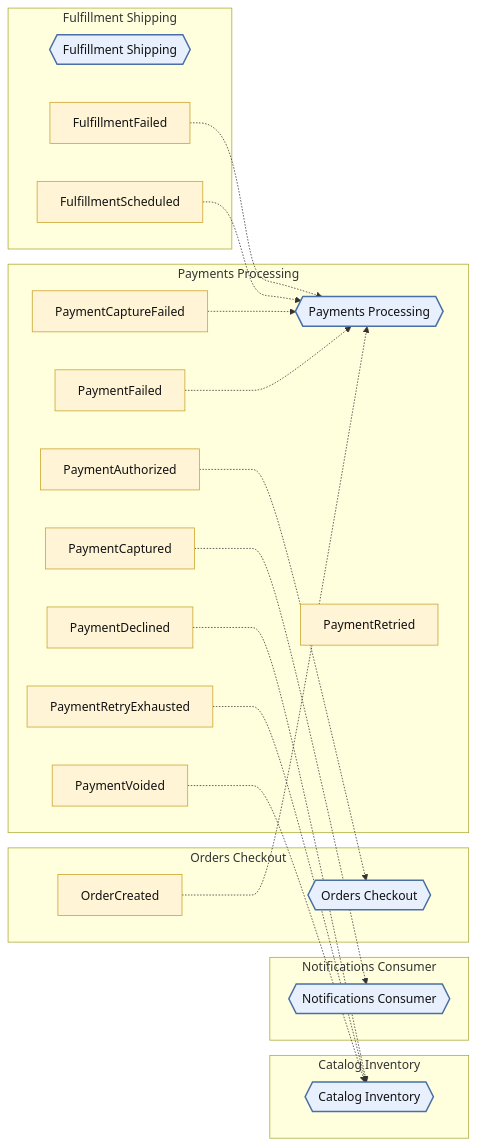
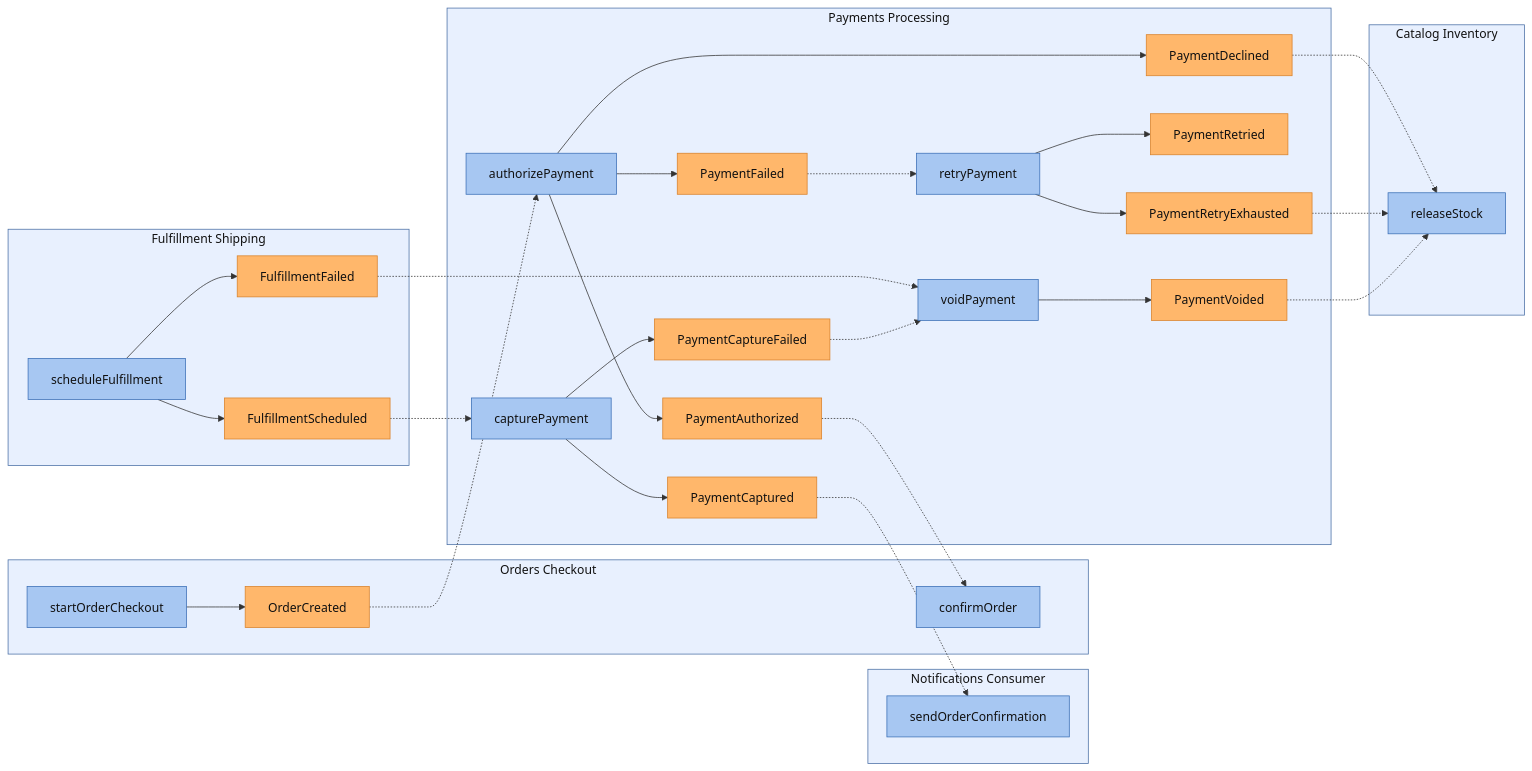
One commit to ZenWave360/dsl-kotlin changed the first of 4 diagrams in dsl-docs/src/commonTest/resources/snapshots/arcadia-modulith/modules/payments-processing.md. Above: the diagram before and after it, drawn with Mermaid. The commit also changed other lines of this file and 13 other files, not shown here.

Commit message:
feat(docs): module pages with EventStorming, aggregates, lifecycle and glossary

````diff
--- a/dsl-docs/src/commonTest/resources/snapshots/arcadia-modulith/modules/payments-processing.md
+++ b/dsl-docs/src/commonTest/resources/snapshots/arcadia-modulith/modules/payments-processing.md
@@ -16,50 +16,67 @@
 ```mermaid
 flowchart LR
-  classDef module fill:#e8f0fe,stroke:#4a6fa5,stroke-width:2px,color:#111
-  classDef event fill:#fff4d6,stroke:#c9a227,color:#111
+  classDef module fill:#e8f0fe,stroke:#4a6fa5,color:#111
+  classDef command fill:#a7c7f2,stroke:#3b6fb6,color:#111
+  classDef event fill:#ffb76b,stroke:#d9822b,color:#111
 
   subgraph sg_CatalogInventory["Catalog Inventory"]
-    CatalogInventory{{"Catalog Inventory"}}
+    CatalogInventory__InventoryService__releaseStock["releaseStock"]
   end
 
   subgraph sg_FulfillmentShipping["Fulfillment Shipping"]
-    FulfillmentShipping{{"Fulfillment Shipping"}}
-    FulfillmentFailed["FulfillmentFailed"]
-    FulfillmentScheduled["FulfillmentScheduled"]
+    FulfillmentShipping__FulfillmentShippingService__scheduleFulfillment["scheduleFulfillment"]
+    FulfillmentShipping__FulfillmentFailed["FulfillmentFailed"]
+    FulfillmentShipping__FulfillmentScheduled["FulfillmentScheduled"]
   end
 
   subgraph sg_NotificationsConsumer["Notifications Consumer"]
-    NotificationsConsumer{{"Notifications Consumer"}}
+    NotificationsConsumer__NotificationsConsumerService__sendOrderConfirmation["sendOrderConfirmation"]
   end
 
   subgraph sg_OrdersCheckout["Orders Checkout"]
-    OrdersCheckout{{"Orders Checkout"}}
-    OrderCreated["OrderCreated"]
+    OrdersCheckout__OrdersCheckoutService__startOrderCheckout["startOrderCheckout"]
+    OrdersCheckout__OrdersCheckoutService__confirmOrder["confirmOrder"]
+    OrdersCheckout__OrderCreated["OrderCreated"]
   end
 
   subgraph sg_PaymentsProcessing["Payments Processing"]
-    PaymentsProcessing{{"Payments Processing"}}
-    PaymentAuthorized["PaymentAuthorized"]
-    PaymentCaptureFailed["PaymentCaptureFailed"]
-    PaymentCaptured["PaymentCaptured"]
-    PaymentDeclined["PaymentDeclined"]
-    PaymentFailed["PaymentFailed"]
-    PaymentRetried["PaymentRetried"]
-    PaymentRetryExhausted["PaymentRetryExhausted"]
-    PaymentVoided["PaymentVoided"]
+    PaymentsProcessing__PaymentsProcessingService__authorizePayment["authorizePayment"]
+    PaymentsProcessing__PaymentsProcessingService__retryPayment["retryPayment"]
+    PaymentsProcessing__PaymentsProcessingService__capturePayment["capturePayment"]
+    PaymentsProcessing__PaymentsProcessingService__voidPayment["voidPayment"]
+    PaymentsProcessing__PaymentAuthorized["PaymentAuthorized"]
+    PaymentsProcessing__PaymentCaptureFailed["PaymentCaptureFailed"]
+    PaymentsProcessing__PaymentCaptured["PaymentCaptured"]
+    PaymentsProcessing__PaymentDeclined["PaymentDeclined"]
+    PaymentsProcessing__PaymentFailed["PaymentFailed"]
+    PaymentsProcessing__PaymentRetried["PaymentRetried"]
+    PaymentsProcessing__PaymentRetryExhausted["PaymentRetryExhausted"]
+    PaymentsProcessing__PaymentVoided["PaymentVoided"]
   end
 
-  class CatalogInventory,FulfillmentShipping,NotificationsConsumer,OrdersCheckout,PaymentsProcessing module
-  class FulfillmentFailed,FulfillmentScheduled,OrderCreated,PaymentAuthorized,PaymentCaptureFailed,PaymentCaptured,PaymentDeclined,PaymentFailed,PaymentRetried,PaymentRetryExhausted,PaymentVoided event
+  class sg_CatalogInventory,sg_FulfillmentShipping,sg_NotificationsConsumer,sg_OrdersCheckout,sg_PaymentsProcessing module
+  class CatalogInventory__InventoryService__releaseStock,FulfillmentShipping__FulfillmentShippingService__scheduleFulfillment,NotificationsConsumer__NotificationsConsumerService__sendOrderConfirmation,OrdersCheckout__OrdersCheckoutService__confirmOrder,OrdersCheckout__OrdersCheckoutService__startOrderCheckout,PaymentsProcessing__PaymentsProcessingService__authorizePayment,PaymentsProcessing__PaymentsProcessingService__capturePayment,PaymentsProcessing__PaymentsProcessingService__retryPayment,PaymentsProcessing__PaymentsProcessingService__voidPayment command
+  class FulfillmentShipping__FulfillmentFailed,FulfillmentShipping__FulfillmentScheduled,OrdersCheckout__OrderCreated,PaymentsProcessing__PaymentAuthorized,PaymentsProcessing__PaymentCaptureFailed,PaymentsProcessing__PaymentCaptured,PaymentsProcessing__PaymentDeclined,PaymentsProcessing__PaymentFailed,PaymentsProcessing__PaymentRetried,PaymentsProcessing__PaymentRetryExhausted,PaymentsProcessing__PaymentVoided event
 
-  FulfillmentFailed -.-> PaymentsProcessing
-  FulfillmentScheduled -.-> PaymentsProcessing
-  OrderCreated -.-> PaymentsProcessing
-  PaymentAuthorized -.-> OrdersCheckout
-  PaymentCaptureFailed -.-> PaymentsProcessing
-  PaymentCaptured -.-> NotificationsConsumer
-  PaymentDeclined -.-> CatalogInventory
-  PaymentFailed -.-> PaymentsProcessing
-  PaymentRetryExhausted -.-> CatalogInventory
-  PaymentVoided -.-> CatalogInventory
+  FulfillmentShipping__FulfillmentShippingService__scheduleFulfillment --> FulfillmentShipping__FulfillmentFailed
+  FulfillmentShipping__FulfillmentShippingService__scheduleFulfillment --> FulfillmentShipping__FulfillmentScheduled
+  OrdersCheckout__OrdersCheckoutService__startOrderCheckout --> OrdersCheckout__OrderCreated
+  PaymentsProcessing__PaymentsProcessingService__authorizePayment --> PaymentsProcessing__PaymentAuthorized
+  PaymentsProcessing__PaymentsProcessingService__authorizePayment --> PaymentsProcessing__PaymentDeclined
+  PaymentsProcessing__PaymentsProcessingService__authorizePayment --> PaymentsProcessing__PaymentFailed
+  PaymentsProcessing__PaymentsProcessingService__capturePayment --> PaymentsProcessing__PaymentCaptureFailed
+  PaymentsProcessing__PaymentsProcessingService__capturePayment --> PaymentsProcessing__PaymentCaptured
+  PaymentsProcessing__PaymentsProcessingService__retryPayment --> PaymentsProcessing__PaymentRetried
+  PaymentsProcessing__PaymentsProcessingService__retryPayment --> PaymentsProcessing__PaymentRetryExhausted
+  PaymentsProcessing__PaymentsProcessingService__voidPayment --> PaymentsProcessing__PaymentVoided
+  FulfillmentShipping__FulfillmentFailed -.-> PaymentsProcessing__PaymentsProcessingService__voidPayment
+  FulfillmentShipping__FulfillmentScheduled -.-> PaymentsProcessing__PaymentsProcessingService__capturePayment
+  OrdersCheckout__OrderCreated -.-> PaymentsProcessing__PaymentsProcessingService__authorizePayment
+  PaymentsProcessing__PaymentAuthorized -.-> OrdersCheckout__OrdersCheckoutService__confirmOrder
+  PaymentsProcessing__PaymentCaptureFailed -.-> PaymentsProcessing__PaymentsProcessingService__voidPayment
+  PaymentsProcessing__PaymentCaptured -.-> NotificationsConsumer__NotificationsConsumerService__sendOrderConfirmation
+  PaymentsProcessing__PaymentDeclined -.-> CatalogInventory__InventoryService__releaseStock
+  PaymentsProcessing__PaymentFailed -.-> PaymentsProcessing__PaymentsProcessingService__retryPayment
+  PaymentsProcessing__PaymentRetryExhausted -.-> CatalogInventory__InventoryService__releaseStock
+  PaymentsProcessing__PaymentVoided -.-> CatalogInventory__InventoryService__releaseStock
 ```
````
